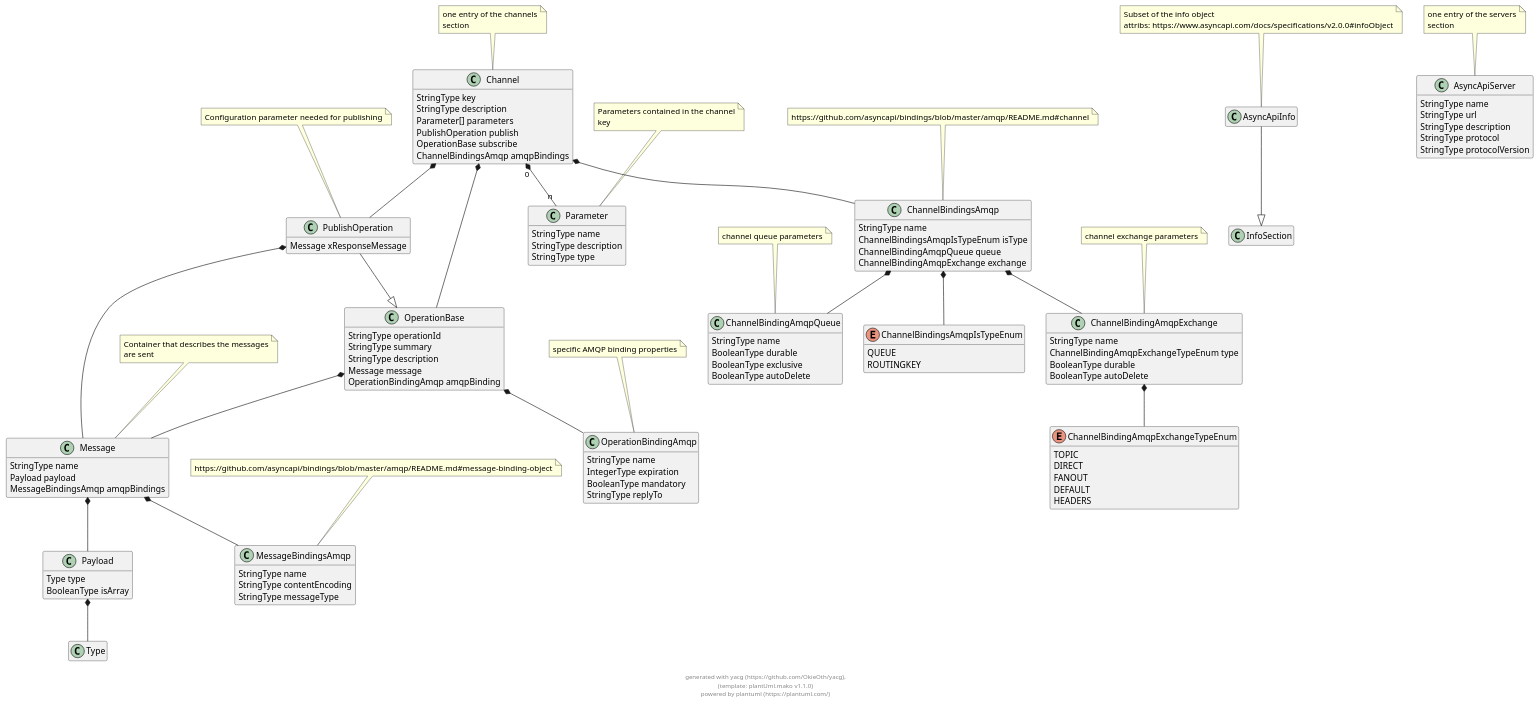
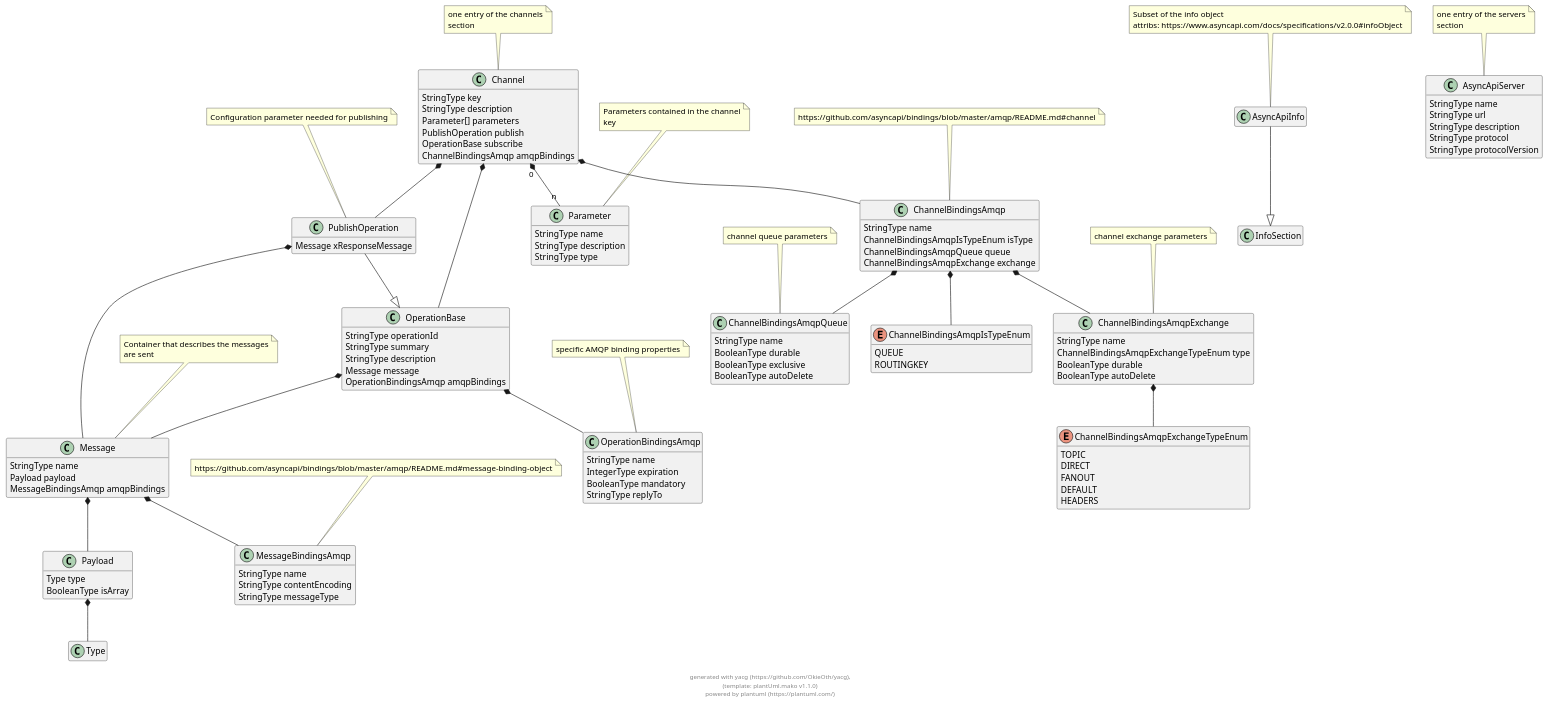
The diagram in docs/puml/yacg_asyncapi.puml (OkieOth/yacg), drawn with PlantUML before and after one commit. The commit also changed 5 other files, not shown here.

```diff
--- a/docs/puml/yacg_asyncapi.puml
+++ b/docs/puml/yacg_asyncapi.puml
@@ -8,7 +8,7 @@
         StringType summary
         StringType description
         Message message
-        OperationBindingAmqp amqpBinding
+        OperationBindingsAmqp amqpBindings
 }
 
 
@@ -20,7 +20,7 @@
 
 note top: Container that describes the messages\nare sent
 
-class OperationBindingAmqp {
+class OperationBindingsAmqp {
         StringType name
         IntegerType expiration
         BooleanType mandatory
@@ -74,22 +74,22 @@
 class ChannelBindingsAmqp {
         StringType name
         ChannelBindingsAmqpIsTypeEnum isType
-        ChannelBindingAmqpQueue queue
-        ChannelBindingAmqpExchange exchange
+        ChannelBindingsAmqpQueue queue
+        ChannelBindingsAmqpExchange exchange
 }
 
 note top: https://github.com/asyncapi/bindings/blob/master/amqp/README.md#channel
 
-class ChannelBindingAmqpExchange {
+class ChannelBindingsAmqpExchange {
         StringType name
-        ChannelBindingAmqpExchangeTypeEnum type
+        ChannelBindingsAmqpExchangeTypeEnum type
         BooleanType durable
         BooleanType autoDelete
 }
 
 note top: channel exchange parameters
 
-enum ChannelBindingAmqpExchangeTypeEnum {
+enum ChannelBindingsAmqpExchangeTypeEnum {
     TOPIC
     DIRECT
     FANOUT
@@ -98,7 +98,7 @@
 }
 
 
-class ChannelBindingAmqpQueue {
+class ChannelBindingsAmqpQueue {
         StringType name
         BooleanType durable
         BooleanType exclusive
@@ -135,7 +135,7 @@
 OperationBase  *--  Message
             
 
-OperationBase  *--  OperationBindingAmqp
+OperationBase  *--  OperationBindingsAmqp
             
 
     
@@ -186,15 +186,15 @@
 ChannelBindingsAmqp  *--  ChannelBindingsAmqpIsTypeEnum
             
 
-ChannelBindingsAmqp  *--  ChannelBindingAmqpQueue
+ChannelBindingsAmqp  *--  ChannelBindingsAmqpQueue
             
 
-ChannelBindingsAmqp  *--  ChannelBindingAmqpExchange
+ChannelBindingsAmqp  *--  ChannelBindingsAmqpExchange
             
 
     
 
-ChannelBindingAmqpExchange  *--  ChannelBindingAmqpExchangeTypeEnum
+ChannelBindingsAmqpExchange  *--  ChannelBindingsAmqpExchangeTypeEnum
             
 
 
```
